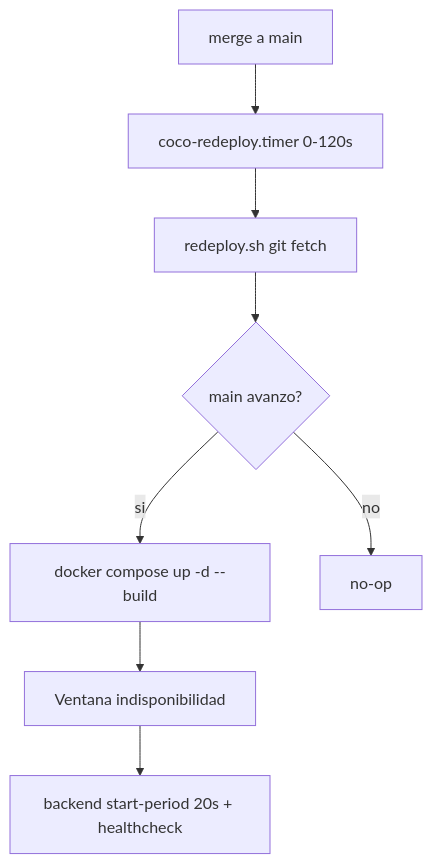
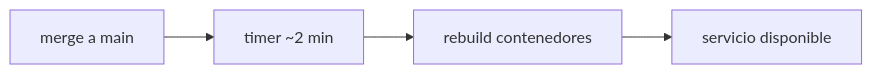
The third of 3 diagrams in docs/arquitectura-datos/documento-arquitectura.md (coconsulting2/cocowiki), drawn with Mermaid before and after one commit. The commit also changed other lines of this file and 5 other files, not shown here.

````diff
--- a/docs/arquitectura-datos/documento-arquitectura.md
+++ b/docs/arquitectura-datos/documento-arquitectura.md
@@ -337,13 +315,6 @@
 ```mermaid
-flowchart TD
-  merge[merge a main]
-  timer["coco-redeploy.timer 0-120s"]
-  fetch[redeploy.sh git fetch]
-  changed{main avanzo?}
-  build["docker compose up -d --build"]
-  down[Ventana indisponibilidad]
-  ready["backend start-period 20s + healthcheck"]
-  merge --> timer --> fetch --> changed
-  changed -->|no| noop[no-op]
-  changed -->|si| build --> down --> ready
+flowchart LR
+  merge[merge a main] --> poll[timer ~2 min]
+  poll --> build[rebuild contenedores]
+  build --> ok[servicio disponible]
 ```
````
